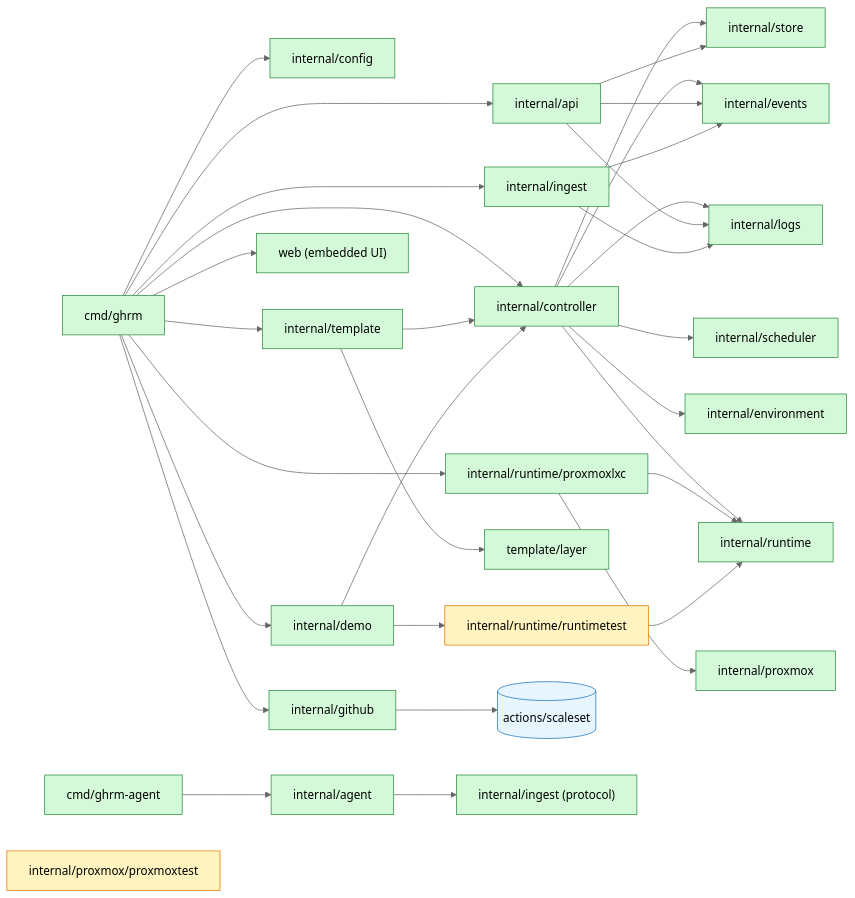
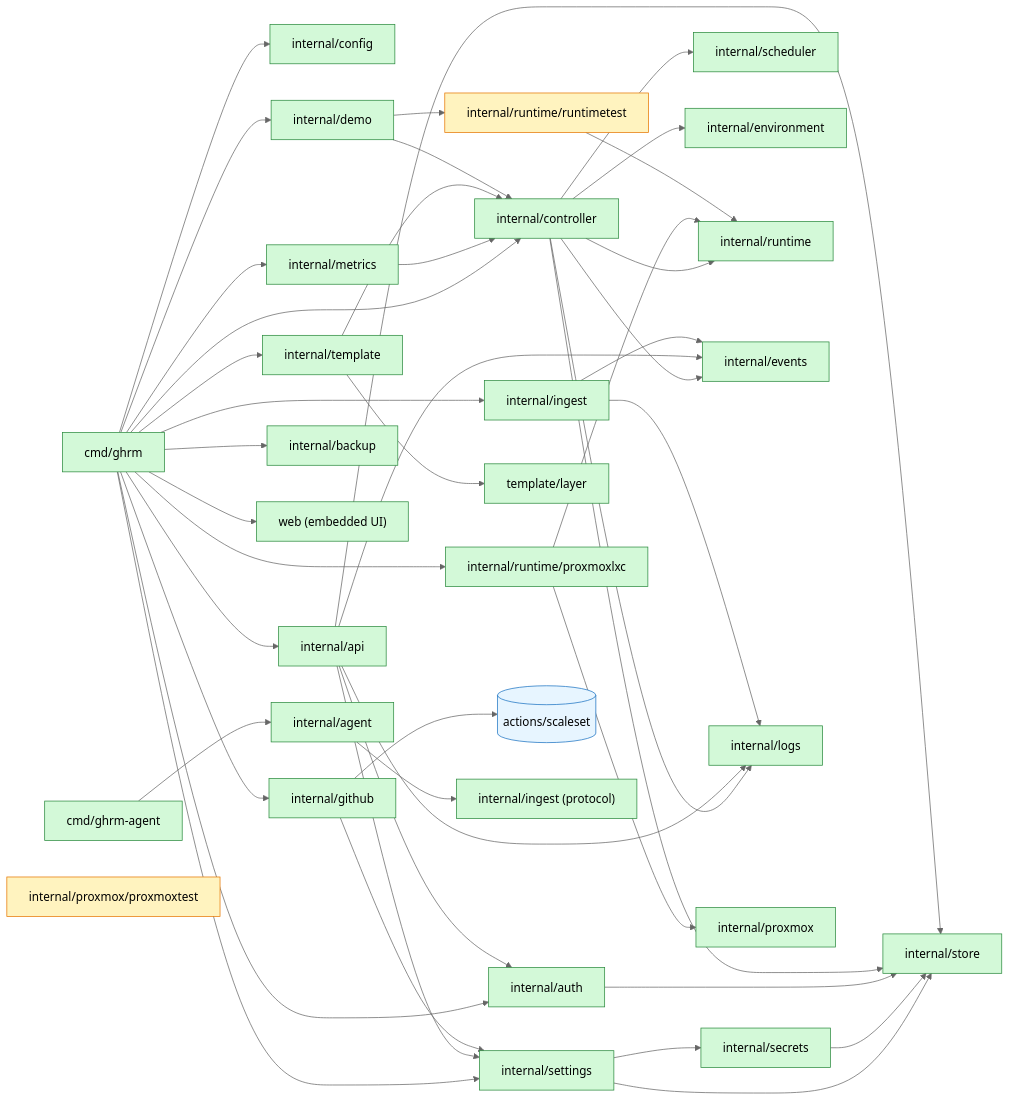
Before and after one commit to cocardoso/gh-runners-manager: the tenth of 13 diagrams in docs/architecture.md, drawn with Mermaid (neutral theme). The commit also changed other lines of this file and 4 other files, not shown here.

First line of the commit message:
docs: sign-in, secrets, editable settings, operations and installer

````diff
--- a/docs/architecture.md
+++ b/docs/architecture.md
@@ -307,41 +368,53 @@
 ```mermaid
 flowchart LR
     ghrm["cmd/ghrm"] --> config["internal/config"]
     ghrm --> api["internal/api"]
     ghrm --> controller["internal/controller"]
     ghrm --> ingest["internal/ingest"]
     ghrm --> github["internal/github"]
     ghrm --> proxmoxlxc["internal/runtime/proxmoxlxc"]
     ghrm --> demo["internal/demo"]
     ghrm --> template["internal/template"]
+    ghrm --> settingsp["internal/settings"]
+    ghrm --> authp["internal/auth"]
+    ghrm --> metricsp["internal/metrics"]
+    ghrm --> backupp["internal/backup"]
+    settingsp --> secretsp["internal/secrets"]
+    settingsp --> store
+    secretsp --> store
+    authp --> store
+    api --> authp
+    api --> settingsp
+    metricsp --> controller
+    github --> settingsp
     template --> controller
     template --> layer["template/layer"]
     ghrm --> webui["web (embedded UI)"]
     demo --> controller
     demo --> runtimetest
     controller --> scheduler["internal/scheduler"]
     controller --> environment["internal/environment"]
     controller --> runtime["internal/runtime"]
     controller --> store["internal/store"]
     controller --> events["internal/events"]
     controller --> logs["internal/logs"]
     api --> store
     api --> events
     api --> logs
     ingest --> logs
     ingest --> events
     github --> scaleset[("actions/scaleset")]
     proxmoxlxc --> runtime
     proxmoxlxc --> proxmox["internal/proxmox"]
     agentcmd["cmd/ghrm-agent"] --> agent["internal/agent"]
     agent --> ingestproto["internal/ingest (protocol)"]
     runtimetest["internal/runtime/runtimetest"] --> runtime
     proxmoxtest["internal/proxmox/proxmoxtest"]
 
     classDef done fill:#d3f9d8,stroke:#2b8a3e,color:#000
     classDef testonly fill:#fff3bf,stroke:#e67700,color:#000
     classDef ext fill:#e7f5ff,stroke:#1971c2,color:#000
-    class ghrm,config,api,controller,ingest,github,proxmoxlxc,scheduler,environment,runtime,store,events,logs,proxmox,agentcmd,agent,ingestproto,demo,webui,template,layer done
+    class ghrm,config,api,controller,ingest,github,proxmoxlxc,scheduler,environment,runtime,store,events,logs,proxmox,agentcmd,agent,ingestproto,demo,webui,template,layer,settingsp,authp,metricsp,backupp,secretsp done
     class runtimetest,proxmoxtest testonly
     class scaleset ext
 ```
````
